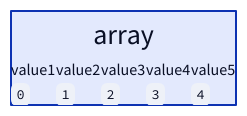
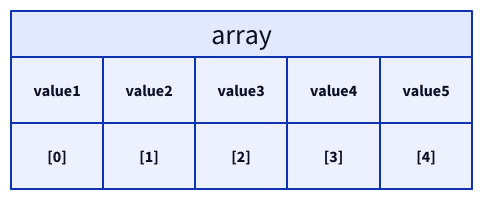
Diagram 11 of 19 in src/computer-science/DSA/data-structures/1.arrays/01-introduction.md (ani2fun/note-book), drawn with D2 before and after one commit. The commit also changed other lines of this file, not shown here.

````diff
--- a/src/computer-science/DSA/data-structures/1.arrays/01-introduction.md
+++ b/src/computer-science/DSA/data-structures/1.arrays/01-introduction.md
@@ -495,21 +495,17 @@
 ```d2
 arr: array {
+  grid-rows: 2
   grid-columns: 5
   grid-gap: 0
-  v1: |md
-    value1<br/>`0`
-  |
-  v2: |md
-    value2<br/>`1`
-  |
-  v3: |md
-    value3<br/>`2`
-  |
-  v4: |md
-    value4<br/>`3`
-  |
-  v5: |md
-    value5<br/>`4`
-  |
+  v1: value1
+  v2: value2
+  v3: value3
+  v4: value4
+  v5: value5
+  i0: "[0]"
+  i1: "[1]"
+  i2: "[2]"
+  i3: "[3]"
+  i4: "[4]"
 }
 ```
````
